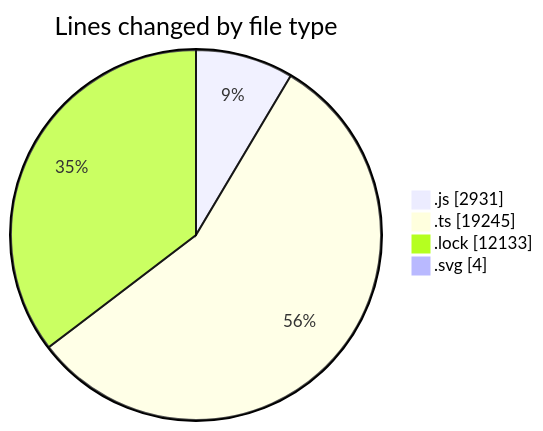
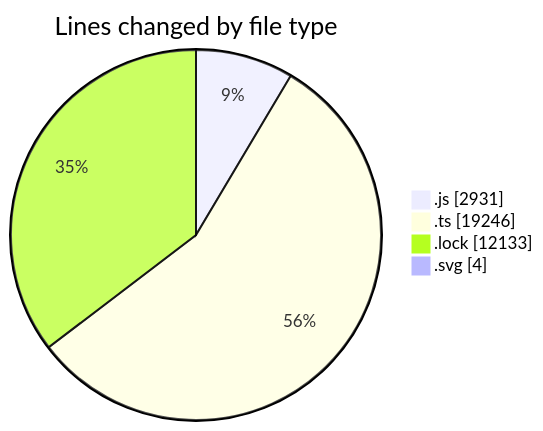
Before and after one commit to momahboobian/code-tracking: the first of 2 diagrams in 2025-08-12/cda/README.md, drawn with Mermaid. The commit also changed other lines of this file and 1 other file, not shown here.

````diff
--- a/2025-08-12/cda/README.md
+++ b/2025-08-12/cda/README.md
@@ -42,8 +42,8 @@
 ```mermaid
 pie showData
 title Lines changed by file type
 ".js" : 2931
-".ts" : 19245
+".ts" : 19246
 ".lock" : 12133
 ".svg" : 4
 ```
````
